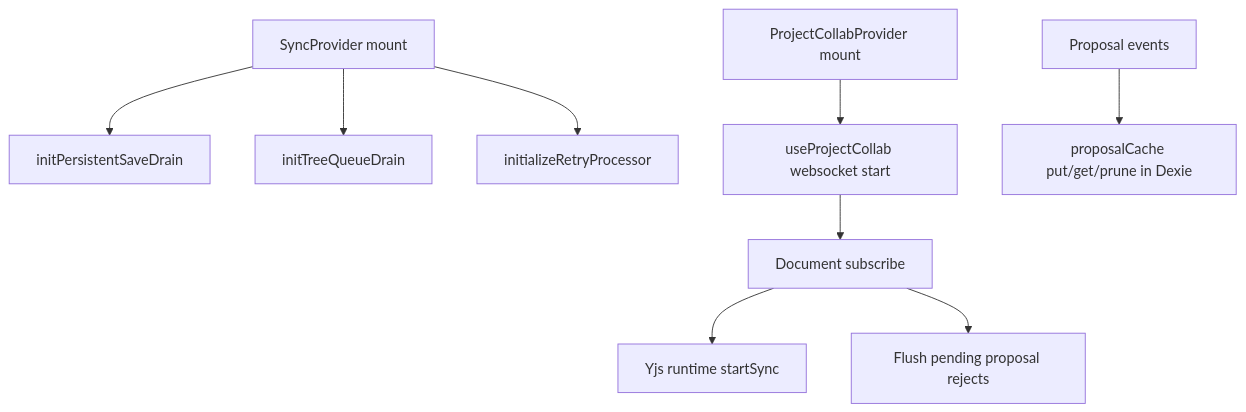
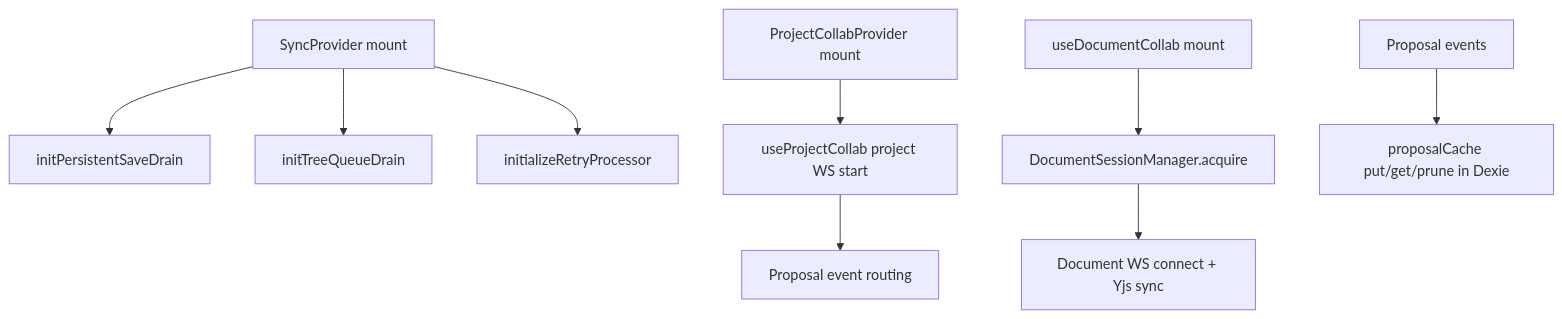
One commit to haowjy/meridian-flow changed the fifth of 6 diagrams in _docs/technical/frontend/README.md. Above: the diagram before and after it, drawn with Mermaid. The commit also changed other lines of this file and 25 other files, not shown here.

````diff
--- a/_docs/technical/frontend/README.md
+++ b/_docs/technical/frontend/README.md
@@ -216,13 +216,14 @@
 ```mermaid
 flowchart TD
   A["SyncProvider mount"] --> B["initPersistentSaveDrain"]
   A --> C["initTreeQueueDrain"]
   A --> D["initializeRetryProcessor"]
 
-  E["ProjectCollabProvider mount"] --> F["useProjectCollab websocket start"]
-  F --> G["Document subscribe"]
-  G --> H["Yjs runtime startSync"]
-  G --> I["Flush pending proposal rejects"]
+  E["ProjectCollabProvider mount"] --> F["useProjectCollab project WS start"]
+  F --> G["Proposal event routing"]
+
+  L["useDocumentCollab mount"] --> M["DocumentSessionManager.acquire"]
+  M --> N["Document WS connect + Yjs sync"]
 
   J["Proposal events"] --> K["proposalCache put/get/prune in Dexie"]
 ```
````
